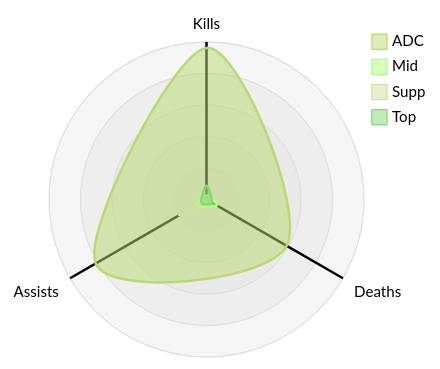
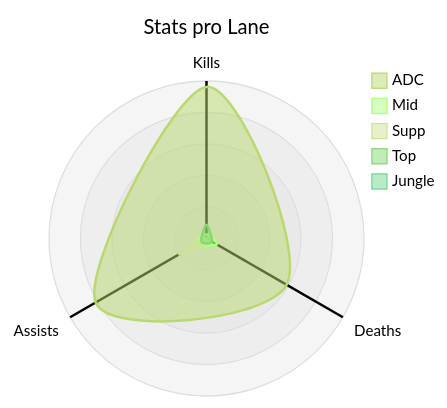
Before and after one commit to flowinho/zensical-website: the second of 5 diagrams in docs/gaming/wild-rift.md, drawn with Mermaid (forest theme). The commit also changed other lines of this file, not shown here.

````diff
--- a/docs/gaming/wild-rift.md
+++ b/docs/gaming/wild-rift.md
@@ -34,17 +35,19 @@
 ```mermaid
 ---
 config:
   radar:
     width: 250
     height: 250
 ---
 radar-beta
+  title Stats pro Lane
   axis k["Kills"], d["Deaths"], a["Assists"]
   curve a["ADC"]{77, 47,  65}
   curve m["Mid"]{2,   6,  6}
   curve s["Supp"]{0,  2,  16}
   curve t["Top"]{7,   3,  3}
+  curve j["Jungle"]{0, 0, 0 }
 
   max 80
   min 0
-``` 
+```
````
